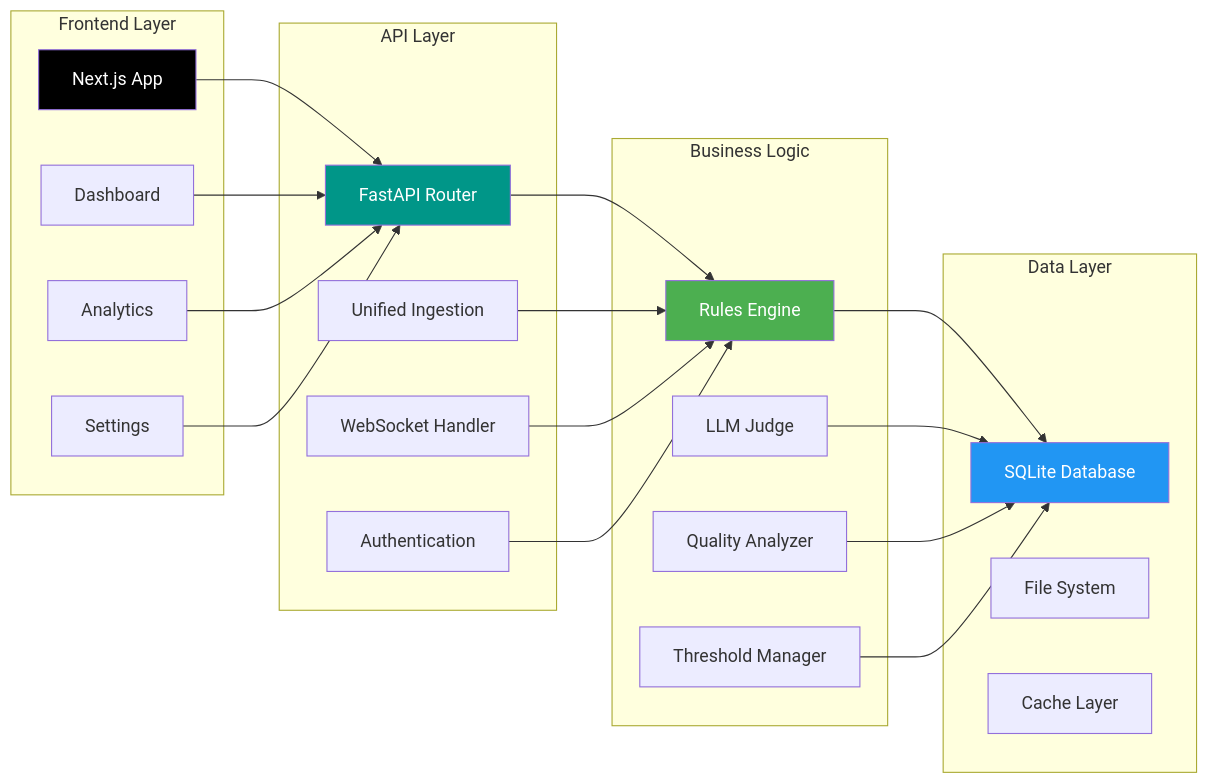
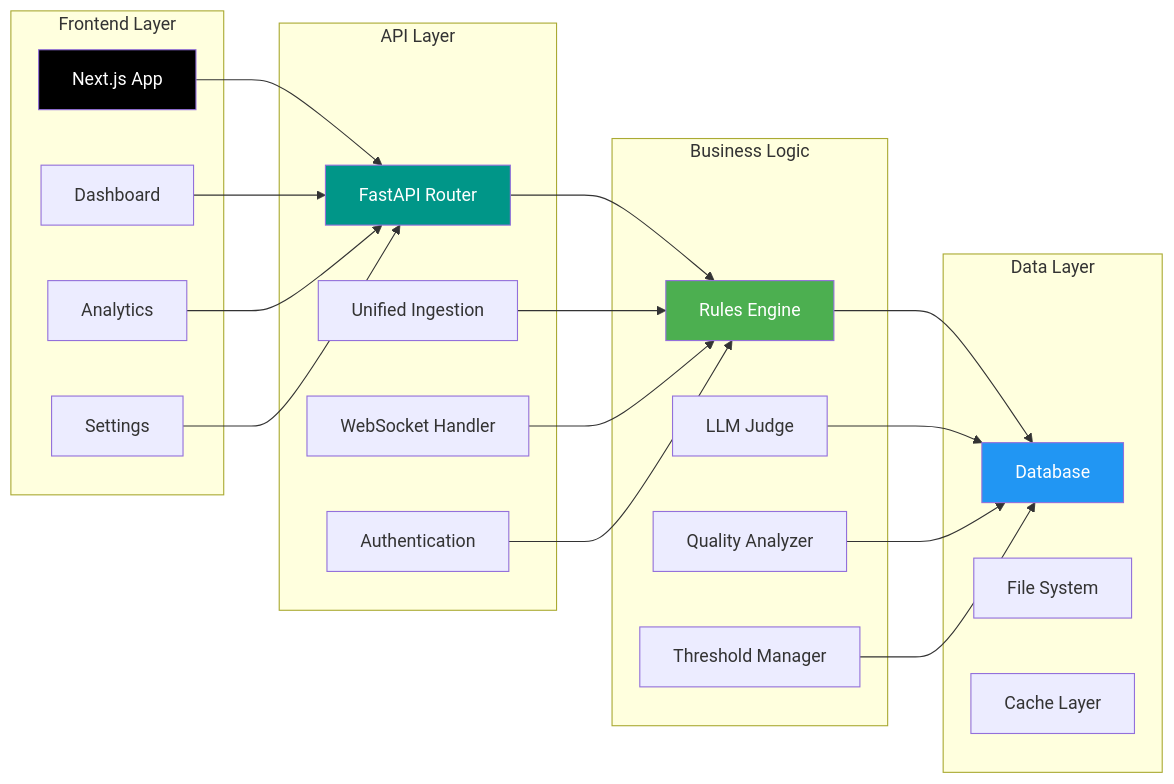
Before and after one commit to skandvijay/lucy-indexing-quality-assurance: the third of 3 diagrams in README.md, drawn with Mermaid. The commit also changed other lines of this file, not shown here.

````diff
--- a/README.md
+++ b/README.md
@@ -151,49 +151,49 @@
 ```mermaid
 graph LR
     subgraph "Frontend Layer"
         A[Next.js App]
         B[Dashboard]
         C[Analytics]
         D[Settings]
     end
     
     subgraph "API Layer"
         E[FastAPI Router]
         F[Unified Ingestion]
         G[WebSocket Handler]
         H[Authentication]
     end
     
     subgraph "Business Logic"
         I[Rules Engine]
         J[LLM Judge]
         K[Quality Analyzer]
         L[Threshold Manager]
     end
     
     subgraph "Data Layer"
-        M[SQLite Database]
+        M[Database]
         N[File System]
         O[Cache Layer]
     end
     
     A --> E
     B --> E
     C --> E
     D --> E
     
     E --> I
     F --> I
     G --> I
     H --> I
     
     I --> M
     J --> M
     K --> M
     L --> M
     
     style A fill:#000,color:#fff
     style E fill:#009688,color:#fff
     style I fill:#4CAF50,color:#fff
     style M fill:#2196F3,color:#fff
 ```
````
